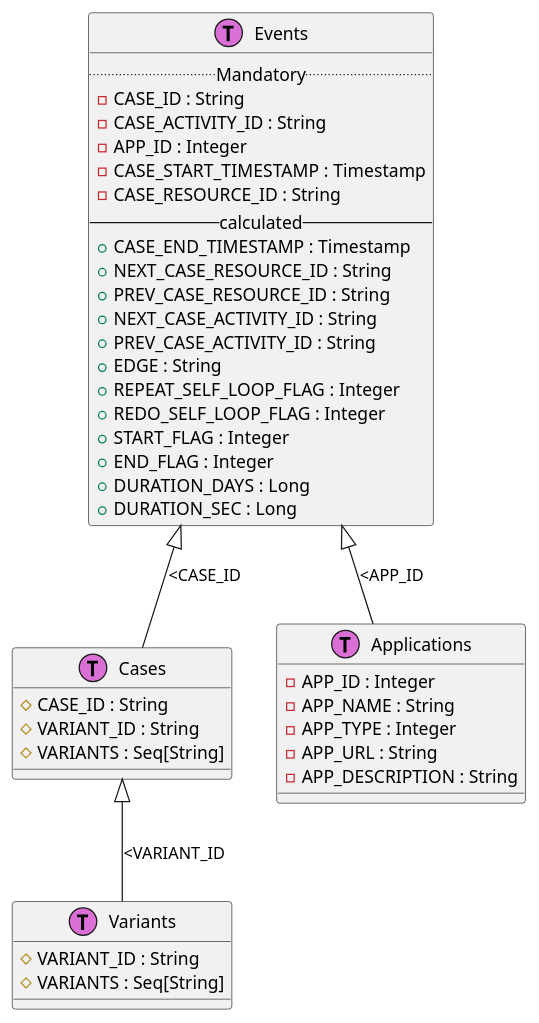
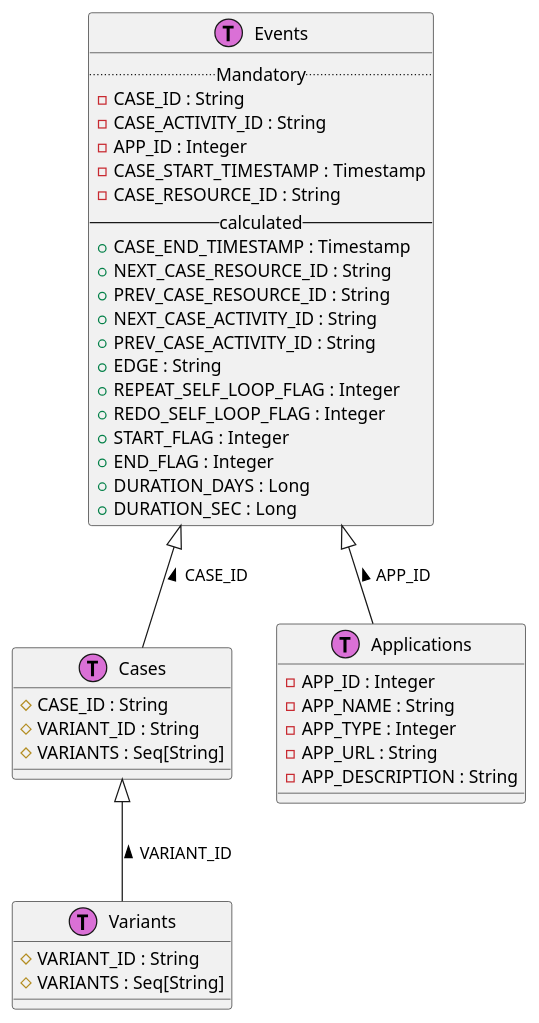
One commit to fcenedes/flows changed the diagram in flow.md. Above: the diagram before and after it, drawn with PlantUML.

```diff
--- a/flow.md
+++ b/flow.md
@@ -20,49 +20,47 @@
 @startuml
 
-class Events << (T,orchid) >> {
-   .. Mandatory ..
-   -CASE_ID : String
-   -CASE_ACTIVITY_ID : String
-   -APP_ID : Integer
-   -CASE_START_TIMESTAMP : Timestamp
-   -CASE_RESOURCE_ID : String
-   -- calculated --
-   +CASE_END_TIMESTAMP : Timestamp
-   +NEXT_CASE_RESOURCE_ID : String
-   +PREV_CASE_RESOURCE_ID : String
-   +NEXT_CASE_ACTIVITY_ID : String
-   +PREV_CASE_ACTIVITY_ID : String
-   +EDGE : String
-   +REPEAT_SELF_LOOP_FLAG : Integer
-   +REDO_SELF_LOOP_FLAG : Integer
-   +START_FLAG : Integer
-   +END_FLAG : Integer
-   +DURATION_DAYS : Long
-   +DURATION_SEC : Long  
+class Events <<(T,orchid)>> {
+.. Mandatory ..
+-CASE_ID : String
+-CASE_ACTIVITY_ID : String
+-APP_ID : Integer
+-CASE_START_TIMESTAMP : Timestamp
+-CASE_RESOURCE_ID : String
+-- calculated --
++CASE_END_TIMESTAMP : Timestamp
++NEXT_CASE_RESOURCE_ID : String
++PREV_CASE_RESOURCE_ID : String
++NEXT_CASE_ACTIVITY_ID : String
++PREV_CASE_ACTIVITY_ID : String
++EDGE : String
++REPEAT_SELF_LOOP_FLAG : Integer
++REDO_SELF_LOOP_FLAG : Integer
++START_FLAG : Integer
++END_FLAG : Integer
++DURATION_DAYS : Long
++DURATION_SEC : Long  
 }
 
-class Cases << (T,orchid) >> {
-  #CASE_ID : String
-  #VARIANT_ID : String
-  #VARIANTS : Seq[String]
+class Cases <<(T,orchid)>> {
+#CASE_ID : String
+#VARIANT_ID : String
+#VARIANTS : Seq[String]
 }
 
-class Variants << (T,orchid) >> {
-   #VARIANT_ID : String
-   #VARIANTS : Seq[String]
+class Variants <<(T,orchid)>> {
+ #VARIANT_ID : String
+ #VARIANTS : Seq[String]
 }
 
-class Applications << (T,orchid) >> {
-   -APP_ID : Integer
-   -APP_NAME : String
-   -APP_TYPE : Integer
-   -APP_URL : String
-   -APP_DESCRIPTION : String
+class Applications <<(T,orchid)>> {
+-APP_ID : Integer
+-APP_NAME : String
+-APP_TYPE : Integer
+-APP_URL : String
+-APP_DESCRIPTION : String
 }
-
-
-Events <|-- Cases : <CASE_ID
-Cases <|-- Variants : <VARIANT_ID
-Events <|-- Applications : <APP_ID
+Events <|-- Cases : < CASE_ID
+Cases <|-- Variants : < VARIANT_ID
+Events <|-- Applications : < APP_ID
 
 @enduml
```
